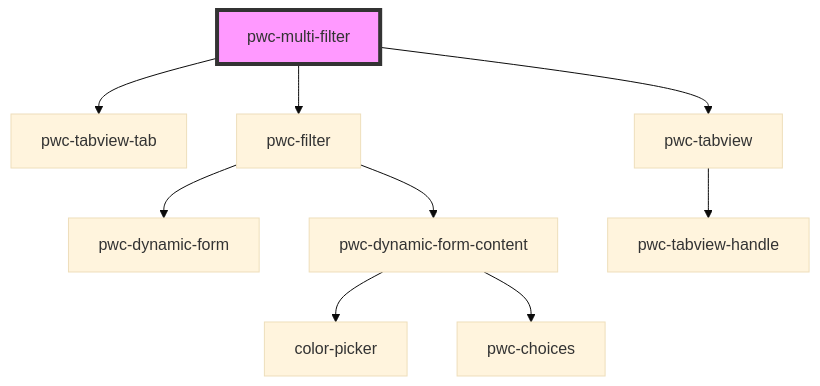
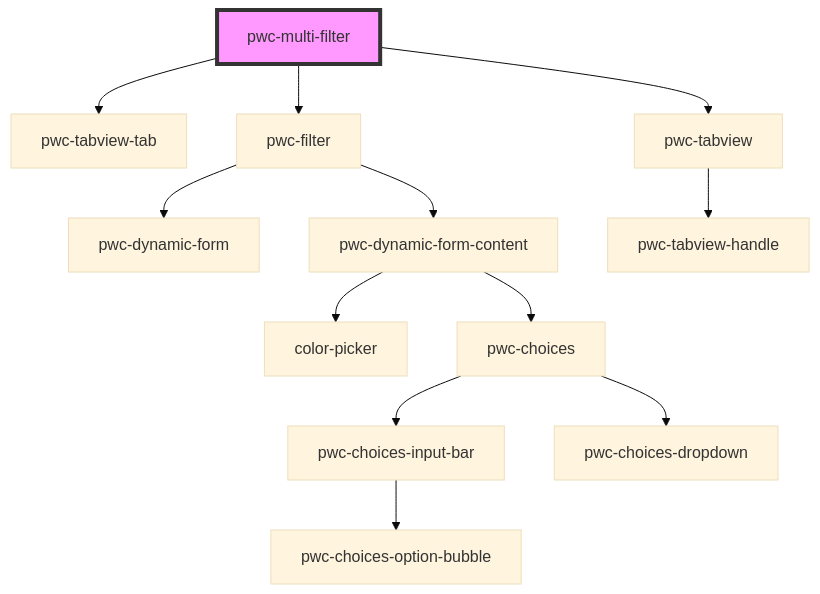
The diagram in src/components/pwc-multi-filter/readme.md (Paraboly/pwc-multi-filter), drawn with Mermaid (base theme) before and after one commit. The commit also changed 4 other files, not shown here.

````diff
--- a/src/components/pwc-multi-filter/readme.md
+++ b/src/components/pwc-multi-filter/readme.md
@@ -95,12 +95,15 @@
 ```mermaid
 graph TD;
   pwc-multi-filter --> pwc-tabview-tab
   pwc-multi-filter --> pwc-filter
   pwc-multi-filter --> pwc-tabview
   pwc-filter --> pwc-dynamic-form
   pwc-filter --> pwc-dynamic-form-content
   pwc-dynamic-form-content --> color-picker
   pwc-dynamic-form-content --> pwc-choices
+  pwc-choices --> pwc-choices-input-bar
+  pwc-choices --> pwc-choices-dropdown
+  pwc-choices-input-bar --> pwc-choices-option-bubble
   pwc-tabview --> pwc-tabview-handle
   style pwc-multi-filter fill:#f9f,stroke:#333,stroke-width:4px
 ```
````
